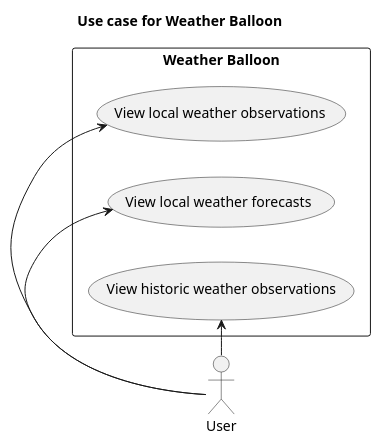
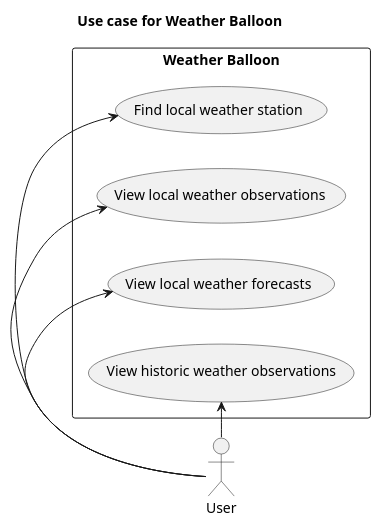
Before and after one commit to weather-balloon/docs: the diagram in src/docs/diagrams/introduction/usecase.puml, drawn with PlantUML. The commit also changed 16 other files, not shown here.

```diff
--- a/src/docs/diagrams/introduction/usecase.puml
+++ b/src/docs/diagrams/introduction/usecase.puml
@@ -1,11 +1,12 @@
 @startuml
 left to right direction
 
 title Use case for Weather Balloon
 actor User
 rectangle "Weather Balloon" {
+    User -> (Find local weather station)
     User -> (View local weather observations)
     User -> (View local weather forecasts)
     User -> (View historic weather observations)
 }
 @enduml
```
